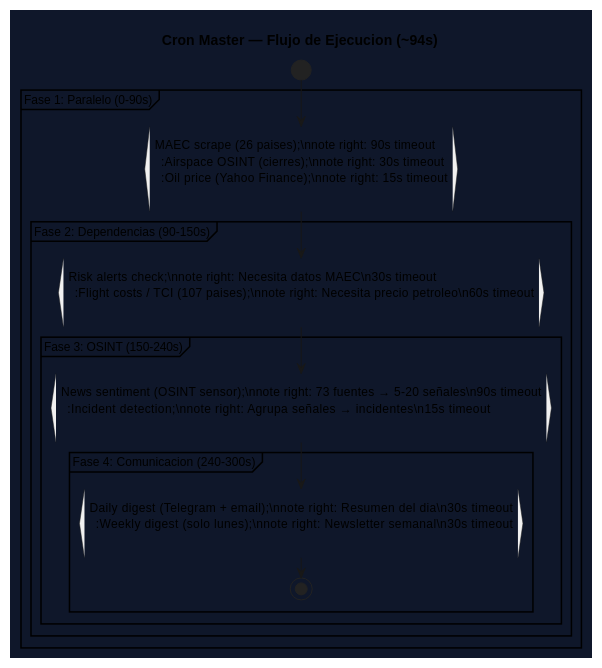
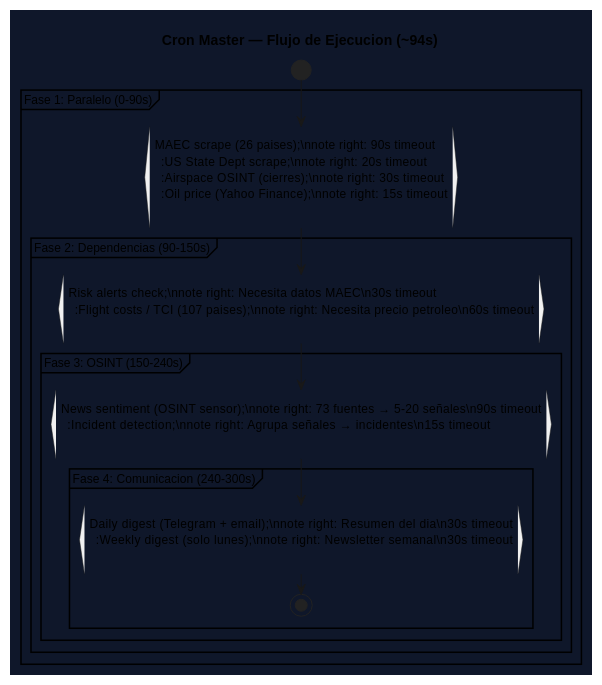
One commit to mcasrom/viaje-con-inteligencia changed the second of 4 diagrams in guia-gestor.org. Above: the diagram before and after it, drawn with PlantUML. The commit also changed other lines of this file and 4 other files, not shown here.

```diff
--- a/guia-gestor.org
+++ b/guia-gestor.org
@@ -136,34 +147,35 @@
 #+BEGIN_SRC plantuml :file assets/cron-flow.png :exports results
 @startuml
 skinparam backgroundColor #0F172A
 skinparam defaultFontSize 12
 
 title Cron Master — Flujo de Ejecucion (~94s)
 
 start
 
 partition "Fase 1: Paralelo (0-90s)" {
   :MAEC scrape (26 paises);\nnote right: 90s timeout
+  :US State Dept scrape;\nnote right: 20s timeout
   :Airspace OSINT (cierres);\nnote right: 30s timeout
   :Oil price (Yahoo Finance);\nnote right: 15s timeout
 }
 
 partition "Fase 2: Dependencias (90-150s)" {
   :Risk alerts check;\nnote right: Necesita datos MAEC\n30s timeout
   :Flight costs / TCI (107 paises);\nnote right: Necesita precio petroleo\n60s timeout
 }
 
 partition "Fase 3: OSINT (150-240s)" {
   :News sentiment (OSINT sensor);\nnote right: 73 fuentes → 5-20 señales\n90s timeout
   :Incident detection;\nnote right: Agrupa señales → incidentes\n15s timeout
 }
 
 partition "Fase 4: Comunicacion (240-300s)" {
   :Daily digest (Telegram + email);\nnote right: Resumen del dia\n30s timeout
   :Weekly digest (solo lunes);\nnote right: Newsletter semanal\n30s timeout
 }
 
 stop
 
 @enduml
 #+END_SRC
```
